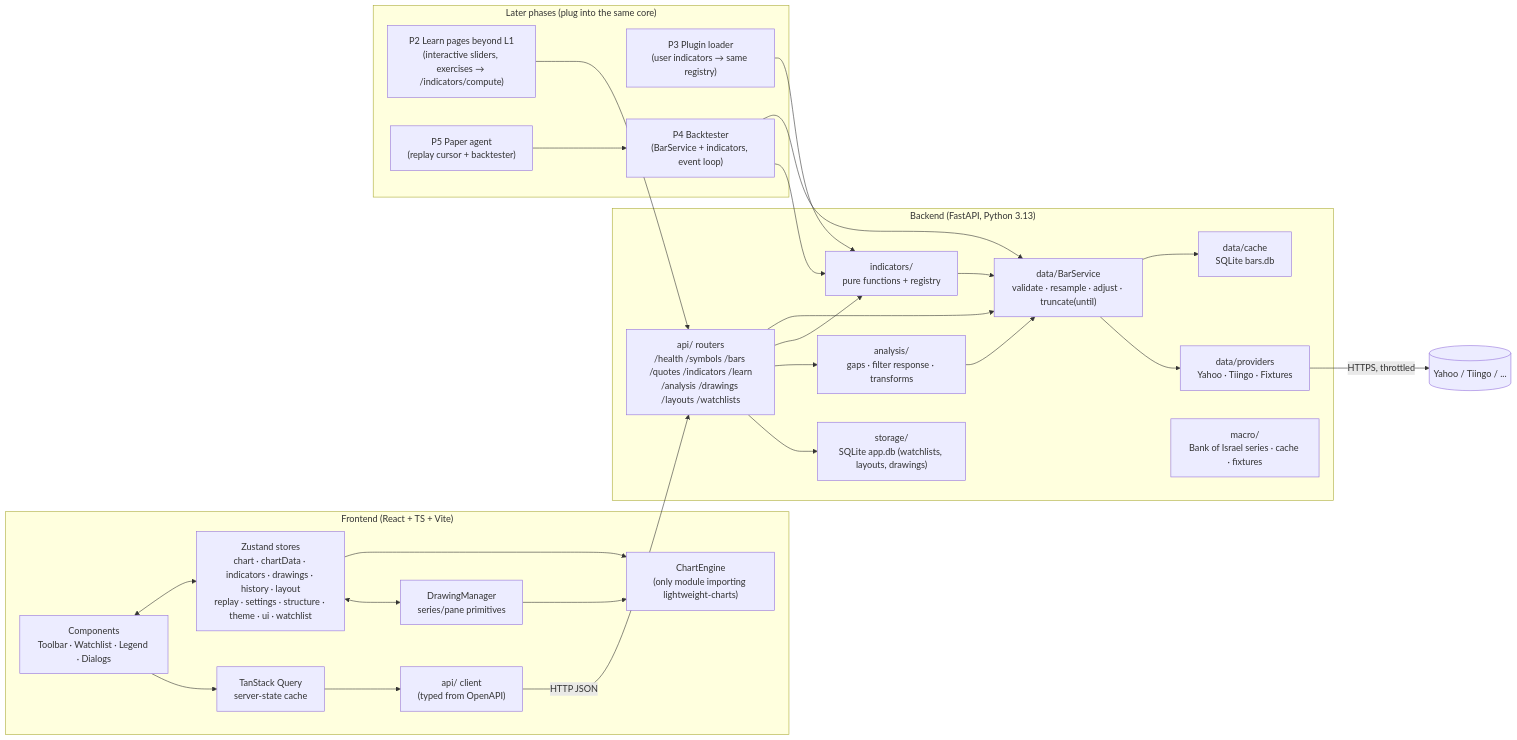
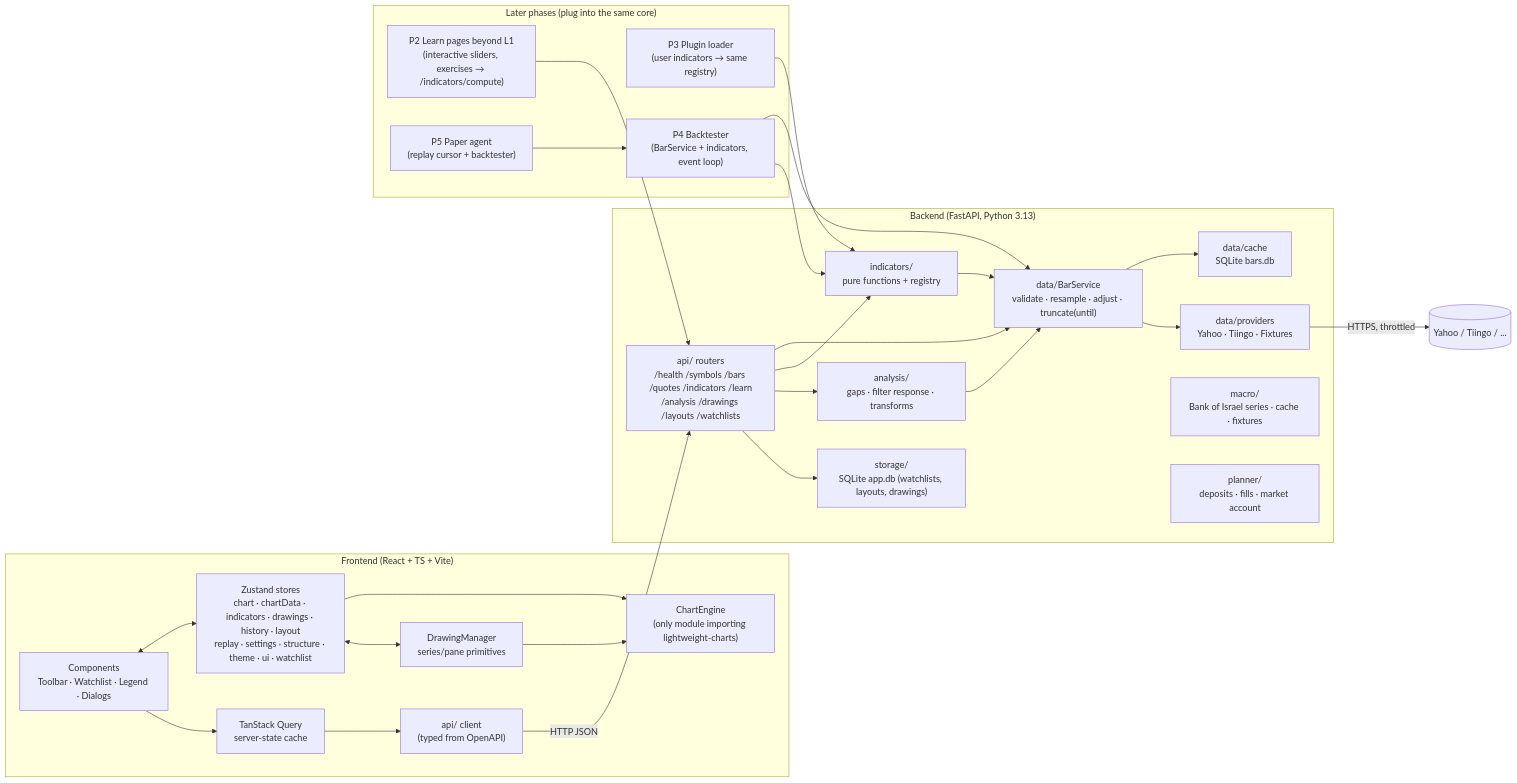
One commit to tamirgabgab/trade-nig-view changed the first of 2 diagrams in docs/ARCHITECTURE.md. Above: the diagram before and after it, drawn with Mermaid. The commit also changed other lines of this file and 6 other files, not shown here.

First line of the commit message:
docs: ADR 0019 planner market account; H1 in the plan, ROADMAP, README, ARCHITECTURE, HANDOFF

````diff
--- a/docs/ARCHITECTURE.md
+++ b/docs/ARCHITECTURE.md
@@ -18,49 +18,50 @@
 ```mermaid
 flowchart LR
   subgraph Browser["Frontend (React + TS + Vite)"]
     UI["Components<br/>Toolbar · Watchlist · Legend · Dialogs"]
     Store["Zustand stores<br/>chart · chartData · indicators · drawings · history · layout<br/>replay · settings · structure · theme · ui · watchlist"]
     Query["TanStack Query<br/>server-state cache"]
     Engine["ChartEngine<br/>(only module importing lightweight-charts)"]
     Draw["DrawingManager<br/>series/pane primitives"]
     API["api/ client<br/>(typed from OpenAPI)"]
     UI <--> Store
     UI --> Query --> API
     Store --> Engine
     Draw --> Engine
     Store <--> Draw
   end
 
   subgraph Backend["Backend (FastAPI, Python 3.13)"]
     Routes["api/ routers<br/>/health /symbols /bars /quotes /indicators /learn<br/>/analysis /drawings /layouts /watchlists"]
     BarSvc["data/BarService<br/>validate · resample · adjust · truncate(until)"]
     Cache["data/cache<br/>SQLite bars.db"]
     Prov["data/providers<br/>Yahoo · Tiingo · Fixtures"]
     Macro["macro/<br/>Bank of Israel series · cache · fixtures"]
+    Plan["planner/<br/>deposits · fills · market account"]
     Ind["indicators/<br/>pure functions + registry"]
     Ana["analysis/<br/>gaps · filter response · transforms"]
     Store2["storage/<br/>SQLite app.db (watchlists, layouts, drawings)"]
     Routes --> BarSvc --> Cache
     BarSvc --> Prov
     Routes --> Ind
     Routes --> Ana
     Ind --> BarSvc
     Ana --> BarSvc
     Routes --> Store2
   end
 
   subgraph Future["Later phases (plug into the same core)"]
     Learn["P2 Learn pages beyond L1<br/>(interactive sliders, exercises → /indicators/compute)"]
     Plug["P3 Plugin loader<br/>(user indicators → same registry)"]
     BT["P4 Backtester<br/>(BarService + indicators, event loop)"]
     Agent["P5 Paper agent<br/>(replay cursor + backtester)"]
   end
 
   API -->|HTTP JSON| Routes
   Prov -->|HTTPS, throttled| Internet[(Yahoo / Tiingo / ...)]
   Learn --> Routes
   Plug --> Ind
   BT --> BarSvc
   BT --> Ind
   Agent --> BT
 ```
````
